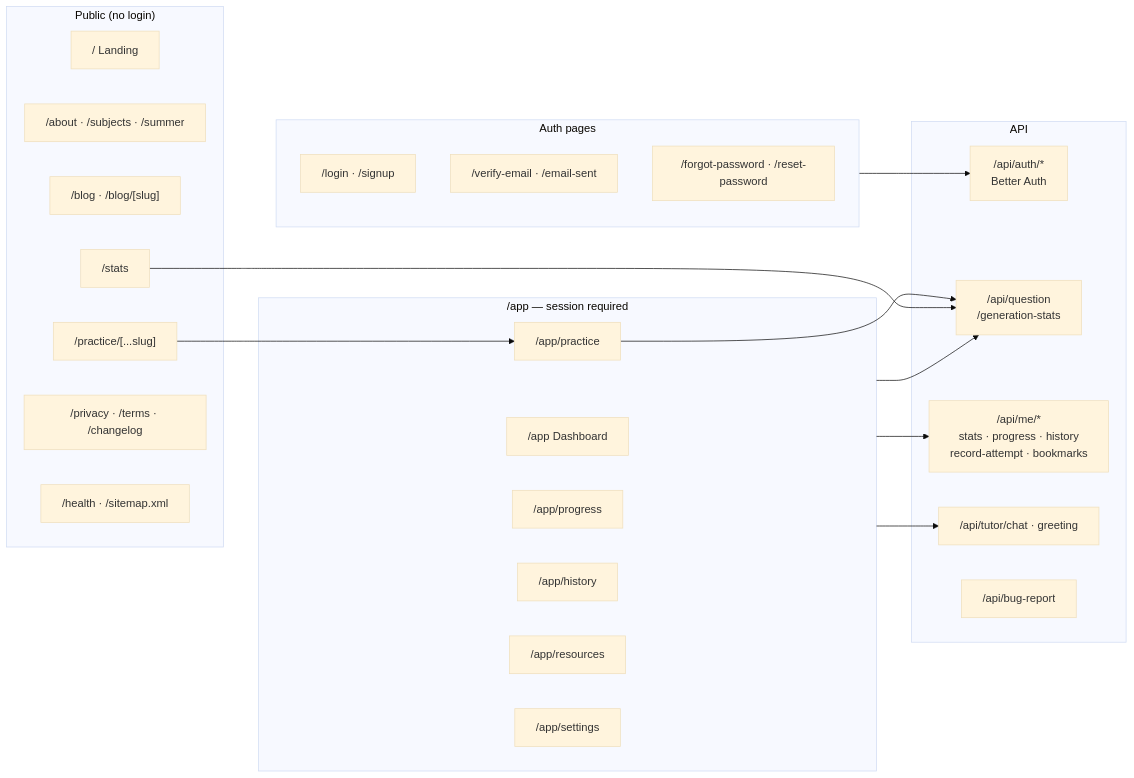
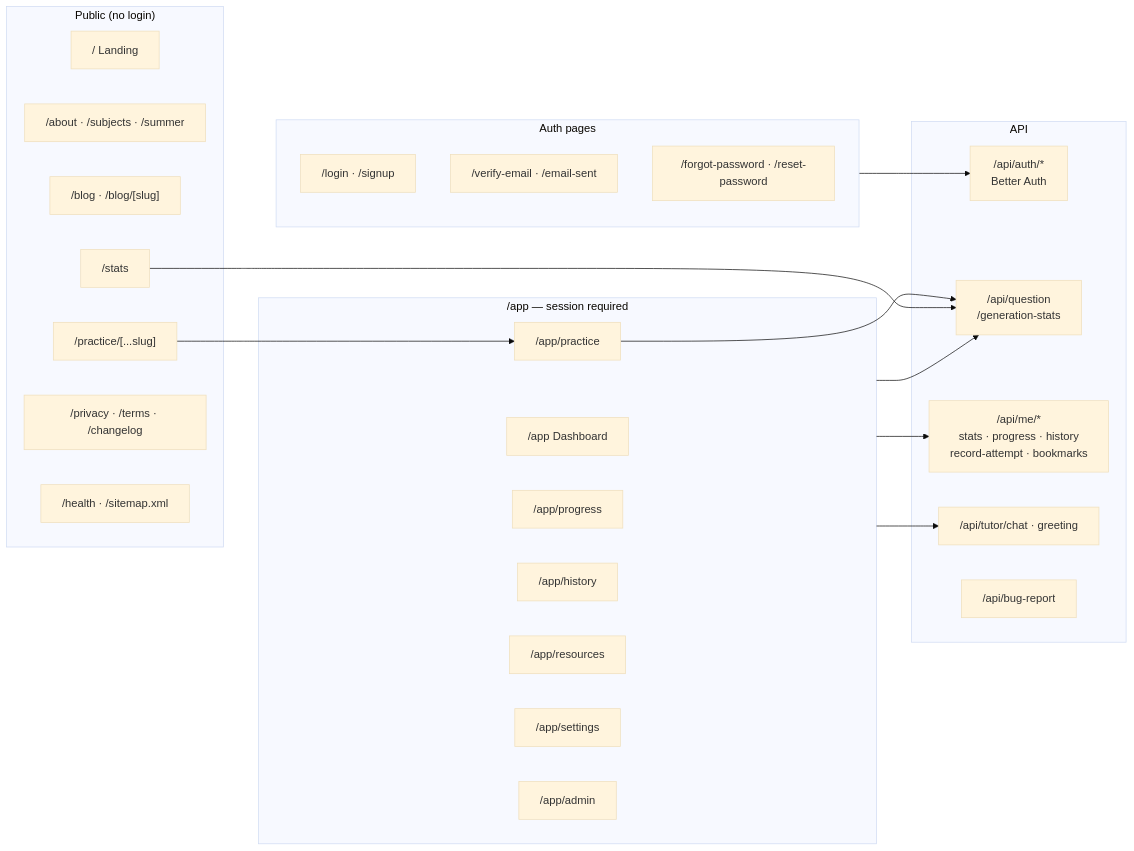
The third of 7 diagrams in docs/architecture.md (5cisummai/freeappractice), drawn with Mermaid (base theme) before and after one commit. The commit also changed 7 other files, not shown here.

````diff
--- a/docs/architecture.md
+++ b/docs/architecture.md
@@ -106,43 +106,44 @@
 ```mermaid
 flowchart LR
     subgraph Public["Public (no login)"]
         P1["/ Landing"]
         P2["/about · /subjects · /summer"]
         P3["/blog · /blog/[slug]"]
         P4["/stats"]
         P5["/practice/[...slug]"]
         P6["/privacy · /terms · /changelog"]
         P7["/health · /sitemap.xml"]
     end
 
     subgraph AuthPages["Auth pages"]
         A1["/login · /signup"]
         A2["/verify-email · /email-sent"]
         A3["/forgot-password · /reset-password"]
     end
 
     subgraph App["/app — session required"]
         D["/app Dashboard"]
         PR["/app/practice"]
         PG["/app/progress"]
         HI["/app/history"]
         RS["/app/resources"]
         ST["/app/settings"]
+        AD["/app/admin"]
     end
 
     subgraph API["API"]
         AUTH["/api/auth/*<br/>Better Auth"]
         Q["/api/question<br/>/generation-stats"]
         ME["/api/me/*<br/>stats · progress · history<br/>record-attempt · bookmarks"]
         T["/api/tutor/chat · greeting"]
         BR["/api/bug-report"]
     end
 
     AuthPages --> AUTH
     App --> ME
     App --> Q
     App --> T
     PR --> Q
     P4 --> Q
     P5 --> PR
 ```
````
